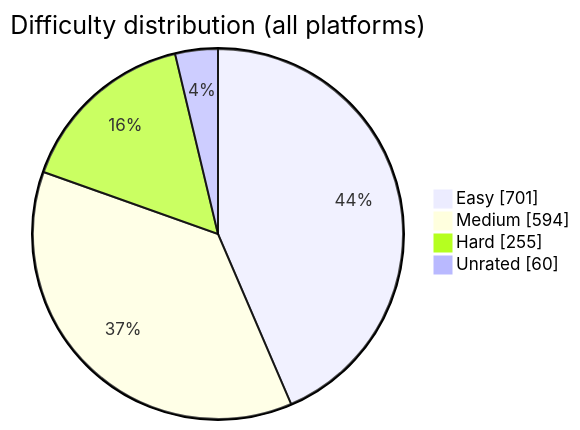
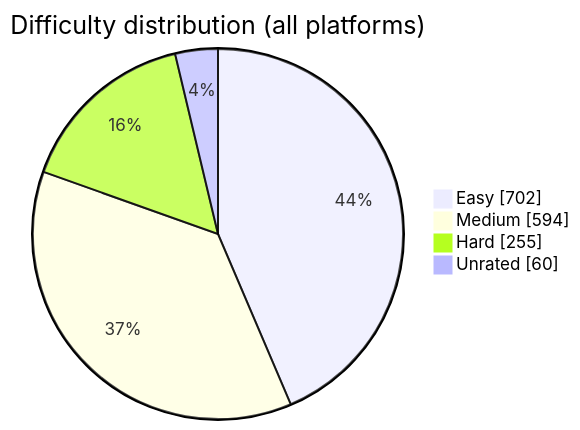
Before and after one commit to BuildbyArindam/Daily-Coding-Log: the diagram in README.md, drawn with Mermaid. The commit also changed other lines of this file, not shown here.

````diff
--- a/README.md
+++ b/README.md
@@ -93,7 +93,7 @@
 ```mermaid
 pie showData title Difficulty distribution (all platforms)
-    "Easy" : 701
+    "Easy" : 702
     "Medium" : 594
     "Hard" : 255
     "Unrated" : 60
 ```
````
